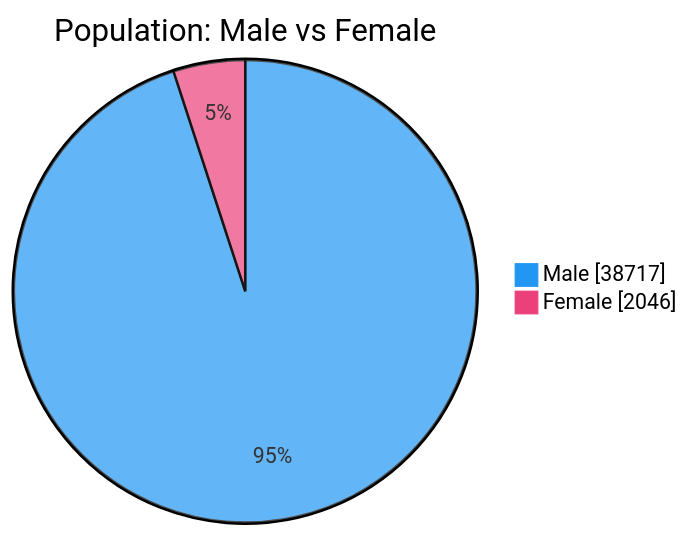
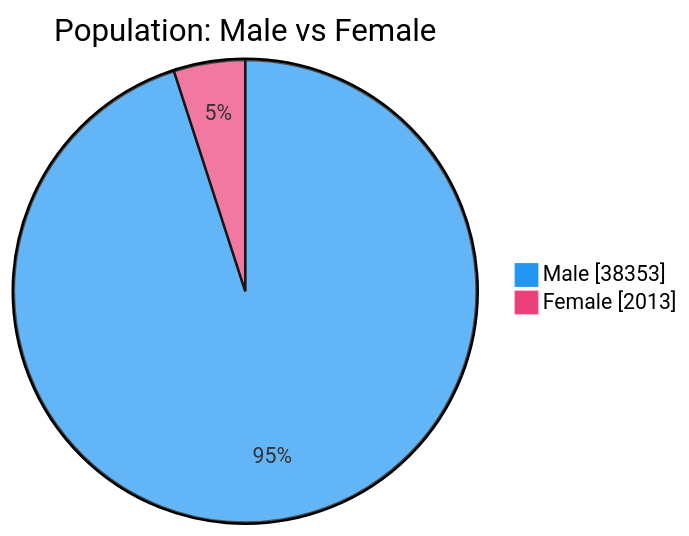
Before and after one commit to nuuuwan/lk_prisons: the second of 7 diagrams in README.md, drawn with Mermaid. The commit also changed other lines of this file and 1 other file, not shown here.

````diff
--- a/README.md
+++ b/README.md
@@ -54,6 +54,6 @@
 ```mermaid
 %%{init: {'themeVariables': {'pie1': '#2196F3', 'pie2': '#EC407A'}}}%%
 pie showData title Population: Male vs Female
-    "Male" : 38717
-    "Female" : 2046
+    "Male" : 38353
+    "Female" : 2013
 ```
````
